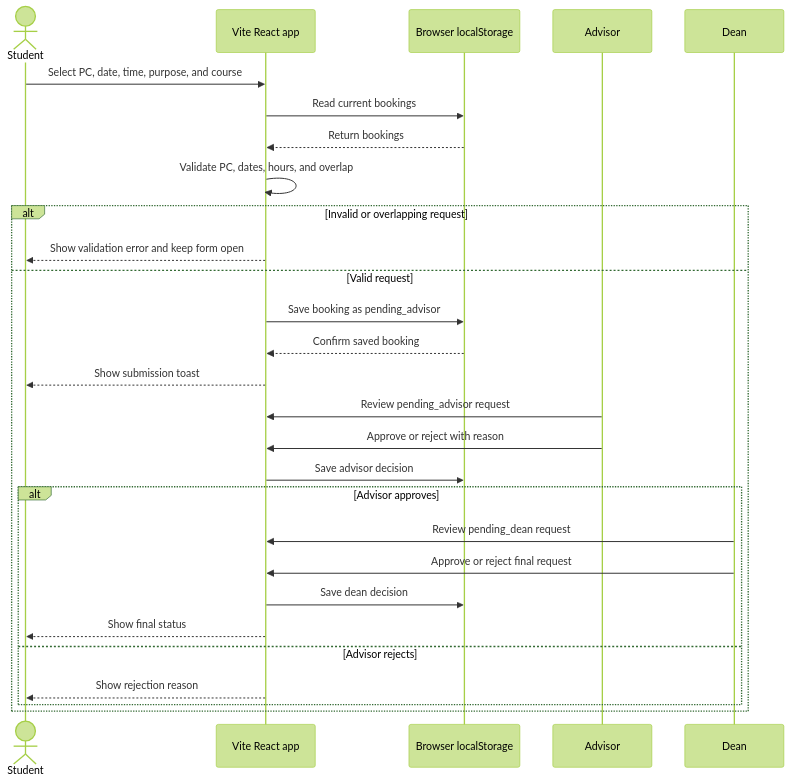
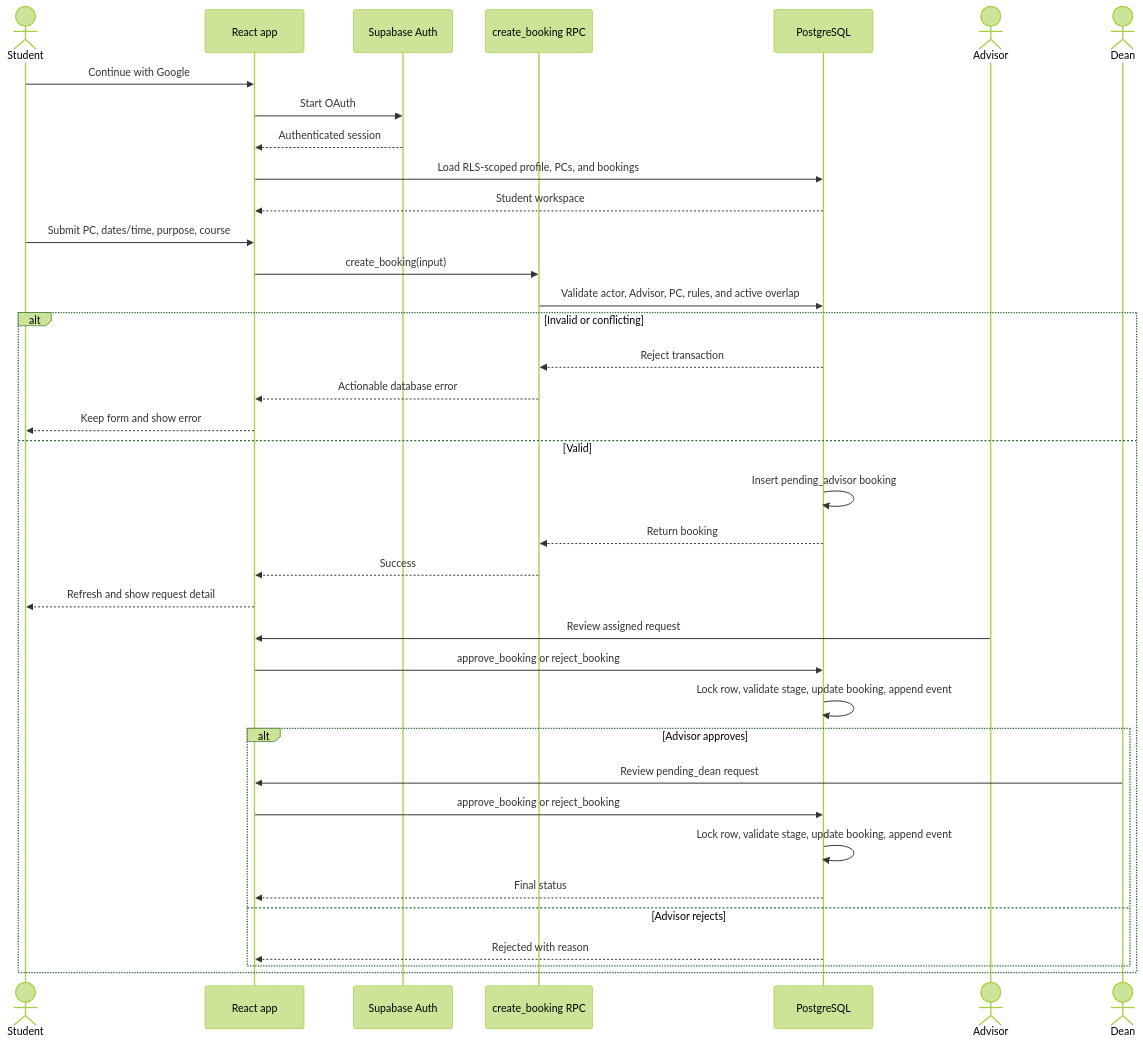
One commit to Leng201202/SE-Lab-Booking-System changed the diagram in .docs/02-design/diagrams/04-sequence-diagram-booking.md. Above: the diagram before and after it, drawn with Mermaid (forest theme). The commit also changed other lines of this file and 53 other files, not shown here.

````diff
--- a/.docs/02-design/diagrams/04-sequence-diagram-booking.md
+++ b/.docs/02-design/diagrams/04-sequence-diagram-booking.md
@@ -3,31 +3,42 @@
-```mermaid
+~~~mermaid
 sequenceDiagram
     actor S as Student
-    participant W as Vite React app
-    participant LS as Browser localStorage
-    participant A as Advisor
-    participant D as Dean
+    participant W as React app
+    participant A as Supabase Auth
+    participant R as create_booking RPC
+    participant P as PostgreSQL
+    actor V as Advisor
+    actor D as Dean
 
-    S->>W: Select PC, date, time, purpose, and course
-    W->>LS: Read current bookings
-    LS-->>W: Return bookings
-    W->>W: Validate PC, dates, hours, and overlap
-    alt Invalid or overlapping request
-        W-->>S: Show validation error and keep form open
-    else Valid request
-        W->>LS: Save booking as pending_advisor
-        LS-->>W: Confirm saved booking
-        W-->>S: Show submission toast
-        A->>W: Review pending_advisor request
-        A->>W: Approve or reject with reason
-        W->>LS: Save advisor decision
+    S->>W: Continue with Google
+    W->>A: Start OAuth
+    A-->>W: Authenticated session
+    W->>P: Load RLS-scoped profile, PCs, and bookings
+    P-->>W: Student workspace
+
+    S->>W: Submit PC, dates/time, purpose, course
+    W->>R: create_booking(input)
+    R->>P: Validate actor, Advisor, PC, rules, and active overlap
+    alt Invalid or conflicting
+        P-->>R: Reject transaction
+        R-->>W: Actionable database error
+        W-->>S: Keep form and show error
+    else Valid
+        P->>P: Insert pending_advisor booking
+        P-->>R: Return booking
+        R-->>W: Success
+        W-->>S: Refresh and show request detail
+
+        V->>W: Review assigned request
+        W->>P: approve_booking or reject_booking
+        P->>P: Lock row, validate stage, update booking, append event
         alt Advisor approves
             D->>W: Review pending_dean request
-            D->>W: Approve or reject final request
-            W->>LS: Save dean decision
-            W-->>S: Show final status
+            W->>P: approve_booking or reject_booking
+            P->>P: Lock row, validate stage, update booking, append event
+            P-->>W: Final status
         else Advisor rejects
-            W-->>S: Show rejection reason
+            P-->>W: Rejected with reason
         end
     end
-```
+~~~
````
